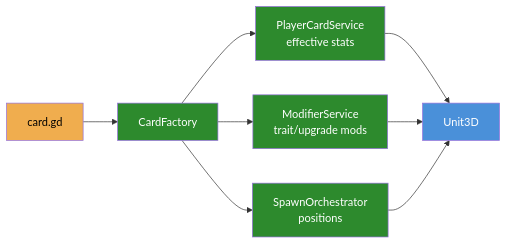
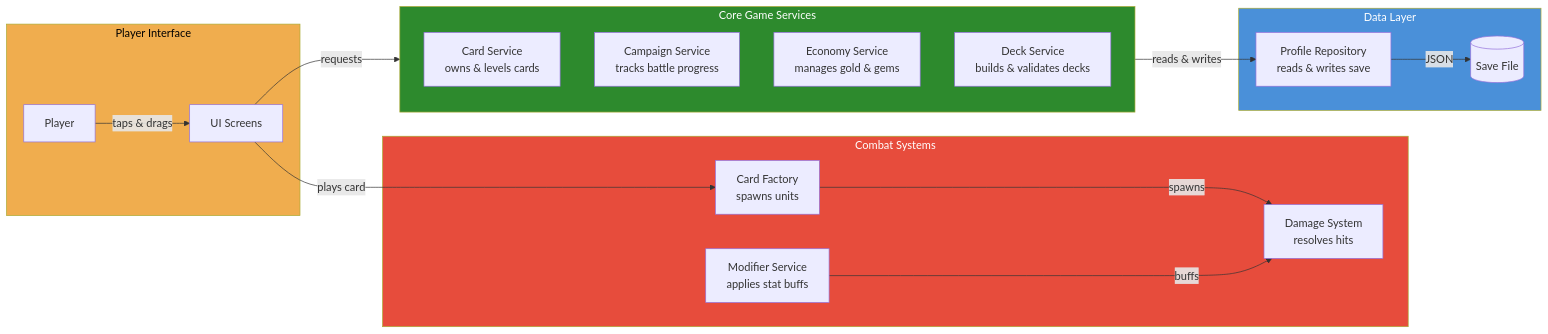
The diagram in docs/architecture/system-architecture.md (amari-charles/project-summoner), drawn with Mermaid before and after one commit. The commit also changed other lines of this file and 98 other files, not shown here.

First line of the commit message:
refactor: DDD profile persistence architecture with race condition fix

````diff
--- a/docs/architecture/system-architecture.md
+++ b/docs/architecture/system-architecture.md
@@ -40,17 +17,39 @@
 ```mermaid
 flowchart LR
-    A["card.gd"] --> B["CardFactory"]
-    B --> C["PlayerCardService<br/>effective stats"]
-    B --> D["ModifierService<br/>trait/upgrade mods"]
-    B --> E["SpawnOrchestrator<br/>positions"]
-    C --> F["Unit3D"]
-    D --> F
-    E --> F
+    subgraph UI["Player Interface"]
+        Player["Player"]
+        Screens["UI Screens"]
+    end
 
-    style A fill:#f0ad4e,color:#000
-    style B fill:#2d8a2d,color:#fff
-    style C fill:#2d8a2d,color:#fff
-    style D fill:#2d8a2d,color:#fff
-    style E fill:#2d8a2d,color:#fff
-    style F fill:#4a90d9,color:#fff
+    subgraph Core["Core Game Services"]
+        Cards["Card Service<br/>owns & levels cards"]
+        Campaign["Campaign Service<br/>tracks battle progress"]
+        Economy["Economy Service<br/>manages gold & gems"]
+        Decks["Deck Service<br/>builds & validates decks"]
+    end
+
+    subgraph Battle["Combat Systems"]
+        Factory["Card Factory<br/>spawns units"]
+        Combat["Damage System<br/>resolves hits"]
+        Modifiers["Modifier Service<br/>applies stat buffs"]
+    end
+
+    subgraph Persistence["Data Layer"]
+        Repo["Profile Repository<br/>reads & writes save"]
+        SaveFile[("Save File")]
+    end
+
+    Player -->|taps & drags| Screens
+    Screens -->|requests| Core
+    Core -->|reads & writes| Repo
+    Repo -->|JSON| SaveFile
+
+    Screens -->|plays card| Factory
+    Factory -->|spawns| Combat
+    Modifiers -->|buffs| Combat
+
+    style UI fill:#f0ad4e,color:#000
+    style Core fill:#2d8a2d,color:#fff
+    style Battle fill:#e74c3c,color:#fff
+    style Persistence fill:#4a90d9,color:#fff
 ```
````
